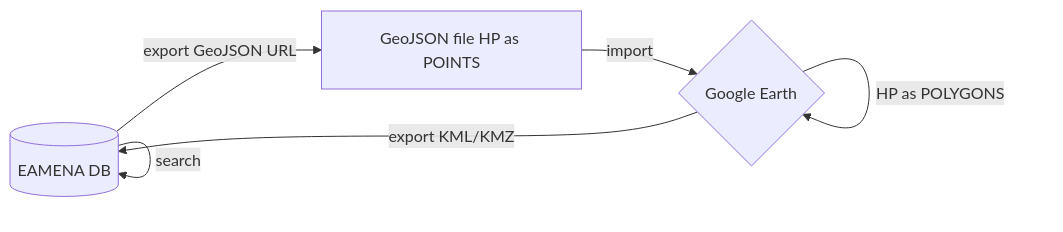
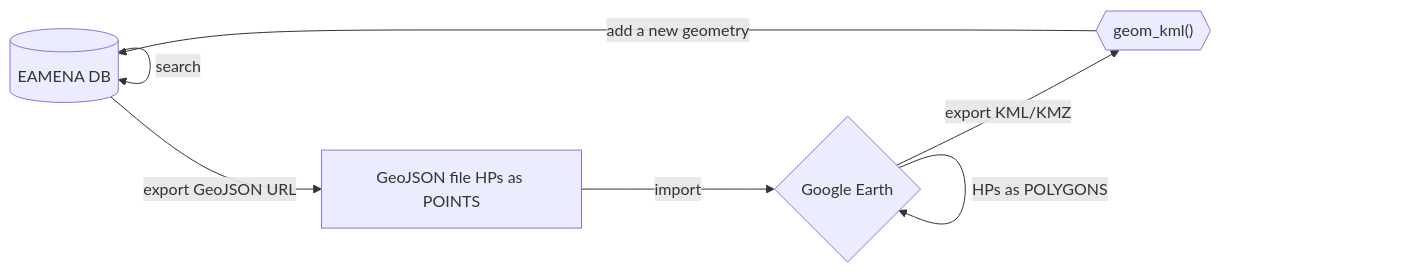
One commit to eamena-project/eamena-arches-dev changed the diagram in data/kml/README.md. Above: the diagram before and after it, drawn with Mermaid.

Commit message:
geom_kml diagram

````diff
--- a/data/kml/README.md
+++ b/data/kml/README.md
@@ -3,8 +3,9 @@
 ```mermaid
 flowchart LR
     A[(EAMENA DB)] --search--> A;
-    A --export GeoJSON URL--> B[GeoJSON file HP as POINTS];
+    A --export GeoJSON URL--> B[GeoJSON file HPs as POINTS];
     B --import--> C{Google Earth};
-    C --"HP as POLYGONS"--> C;
-    C --export KML/KMZ--> A; 
+    C --"HPs as POLYGONS"--> C;
+    C --export KML/KMZ--> D{{"geom_kml()"}}; 
+    D --add a new geometry--> A;
 ```
````
